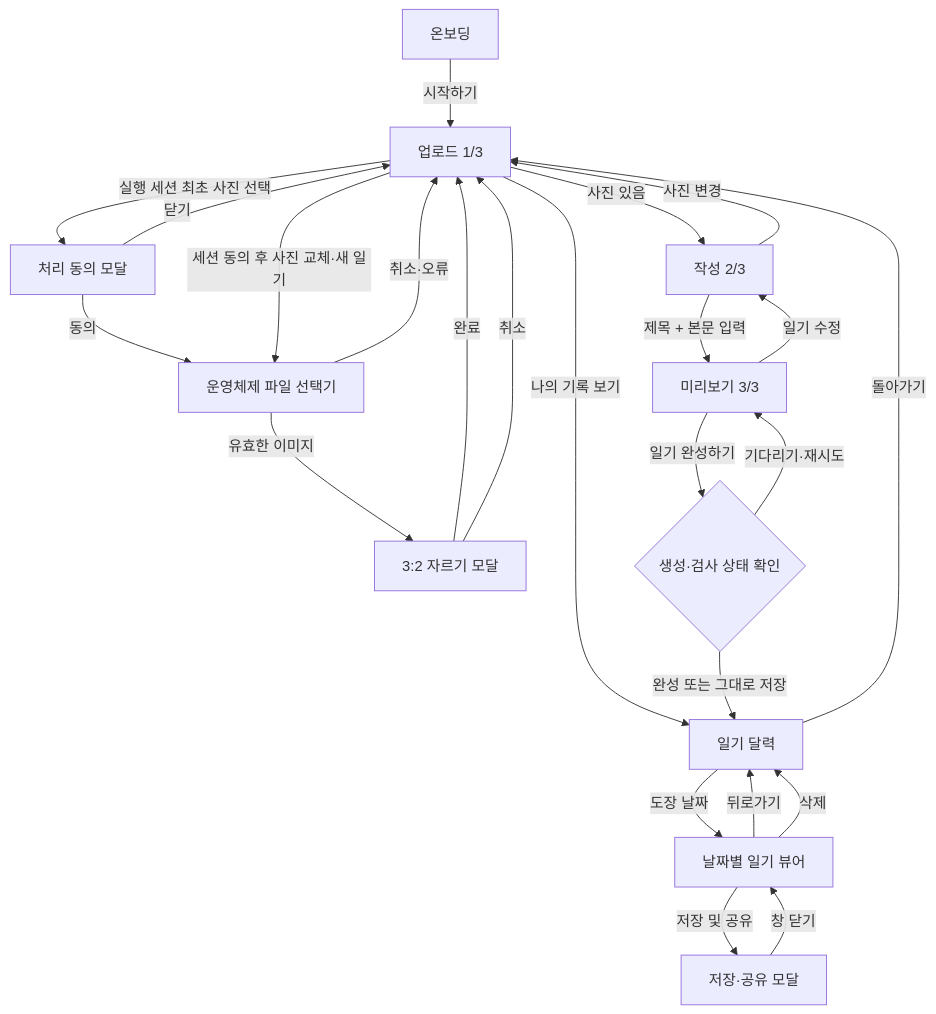
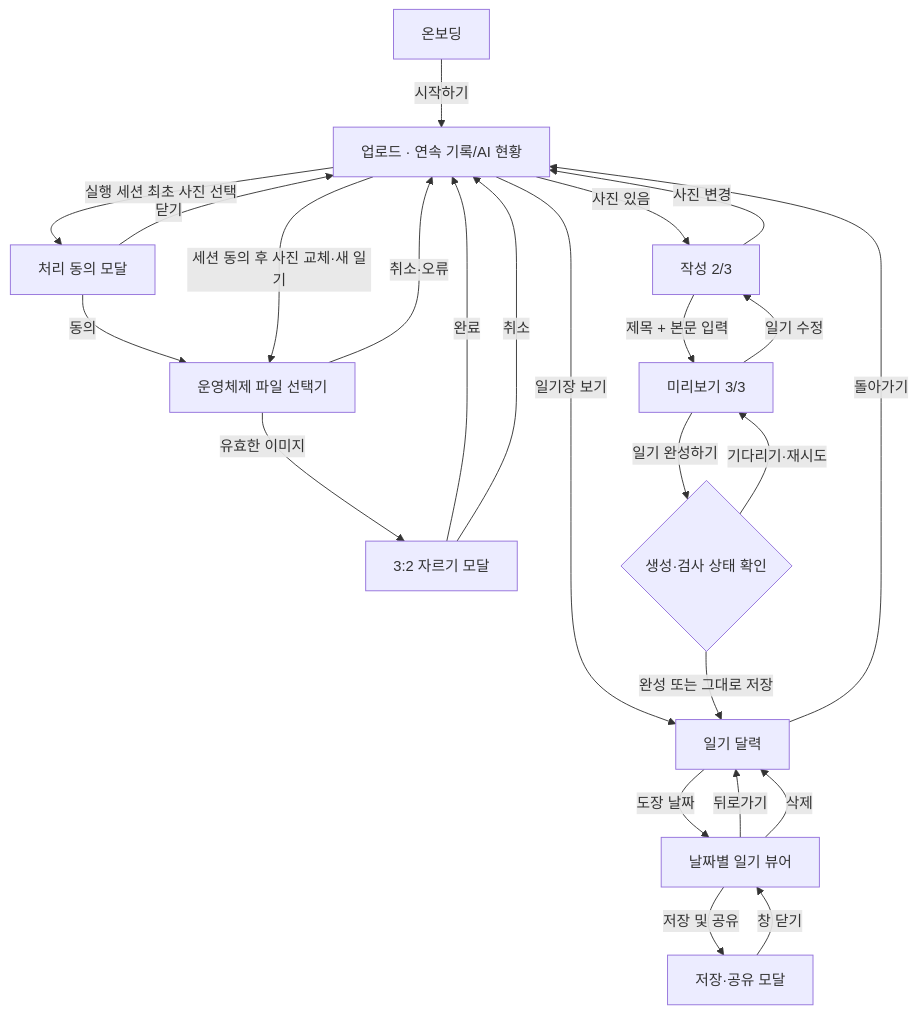
One commit to SummerVacationDiaryTMD/Summer_Vacation_Diary changed the diagram in docs/information-architecture.md. Above: the diagram before and after it, drawn with Mermaid. The commit also changed other lines of this file and 16 other files, not shown here.

````diff
--- a/docs/information-architecture.md
+++ b/docs/information-architecture.md
@@ -83,26 +87,26 @@
 ```mermaid
 flowchart TD
-    O["온보딩"] -->|시작하기| U["업로드 1/3"]
+    O["온보딩"] -->|시작하기| U["업로드 · 연속 기록/AI 현황"]
     U -->|실행 세션 최초 사진 선택| C["처리 동의 모달"]
     C -->|동의| N["운영체제 파일 선택기"]
     C -->|닫기| U
     U -->|세션 동의 후 사진 교체·새 일기| N
     N -->|유효한 이미지| R["3:2 자르기 모달"]
     N -->|취소·오류| U
     R -->|완료| U
     R -->|취소| U
     U -->|사진 있음| W["작성 2/3"]
-    U -->|나의 기록 보기| G["일기 달력"]
+    U -->|일기장 보기| G["일기 달력"]
     G -->|돌아가기| U
     G -->|도장 날짜| V["날짜별 일기 뷰어"]
     V -->|뒤로가기| G
     V -->|저장 및 공유| M["저장·공유 모달"]
     M -->|창 닫기| V
     V -->|삭제| G
     W -->|사진 변경| U
     W -->|제목 + 본문 입력| P["미리보기 3/3"]
     P -->|일기 수정| W
     P -->|일기 완성하기| D{"생성·검사 상태 확인"}
     D -->|완성 또는 그대로 저장| G
     D -->|기다리기·재시도| P
 ```
````
